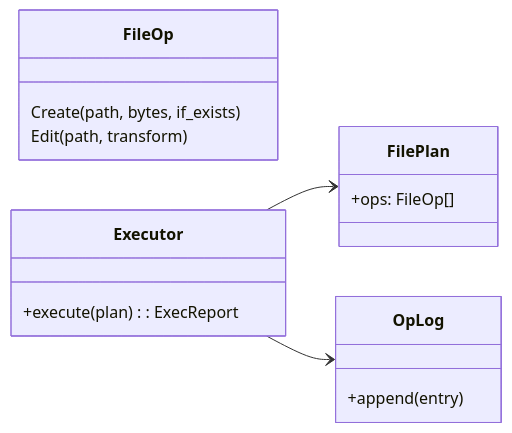
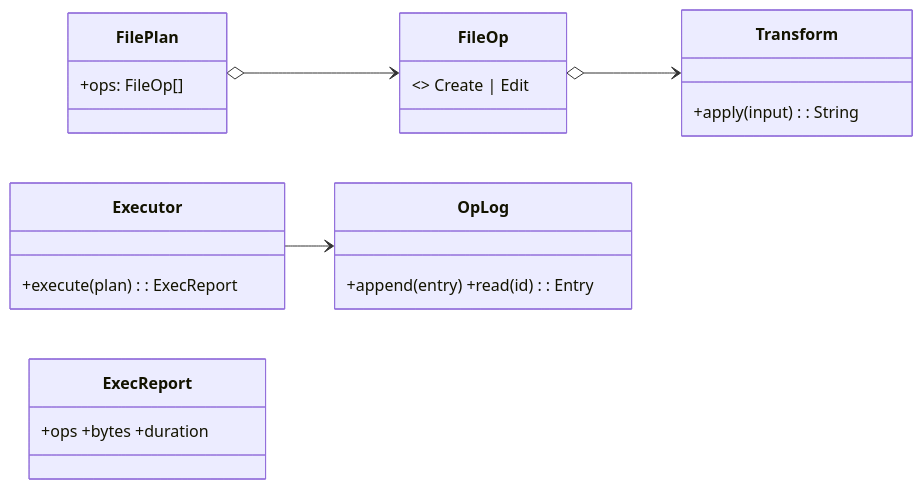
Diagram 11 of 22 in docs/01_development_plan.md (agustinvalencia/mdvault), drawn with Mermaid before and after one commit. The commit also changed other lines of this file and 2 other files, not shown here.

````diff
--- a/docs/01_development_plan.md
+++ b/docs/01_development_plan.md
@@ -301,17 +306,13 @@
 ```mermaid
 classDiagram
   direction LR
-  class FileOp {
-    Create(path, bytes, if_exists)
-    Edit(path, transform)
-  }
+  class FileOp { <<enum>> Create | Edit }
+  class Transform { +apply(input): String }
   class FilePlan { +ops: FileOp[] }
-  class Executor {
-    +execute(plan): ExecReport
-  }
-  class OpLog {
-    +append(entry)
-  }
-  Executor --> FilePlan
+  class Executor { +execute(plan): ExecReport }
+  class OpLog { +append(entry) +read(id): Entry }
+  class ExecReport { +ops +bytes +duration }
+  FilePlan o--> FileOp
+  FileOp o--> Transform
   Executor --> OpLog
 ```
````
